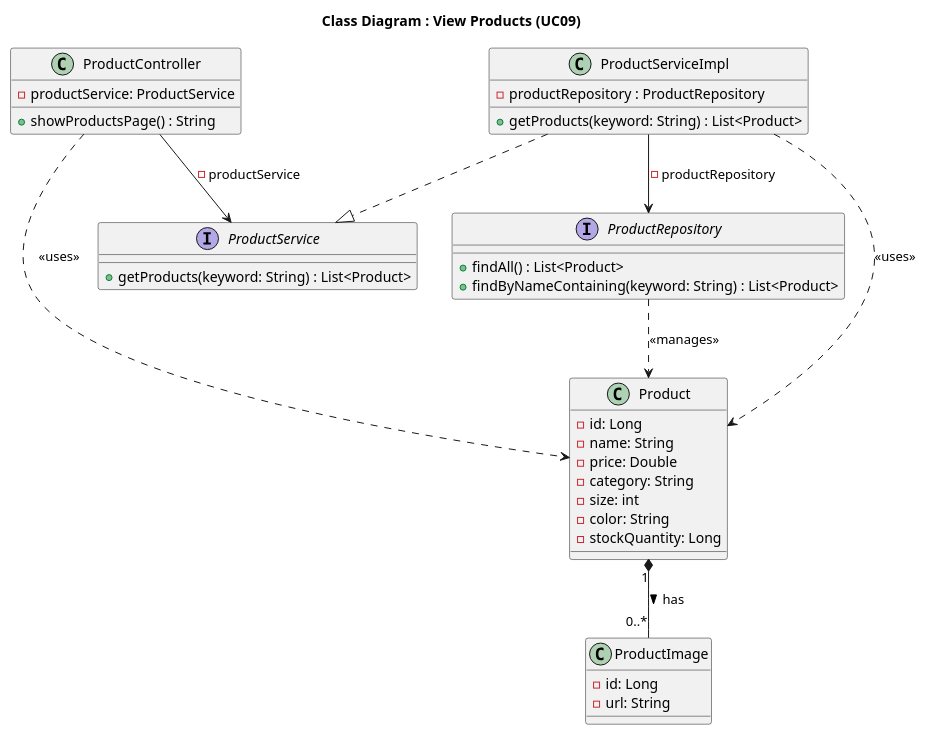
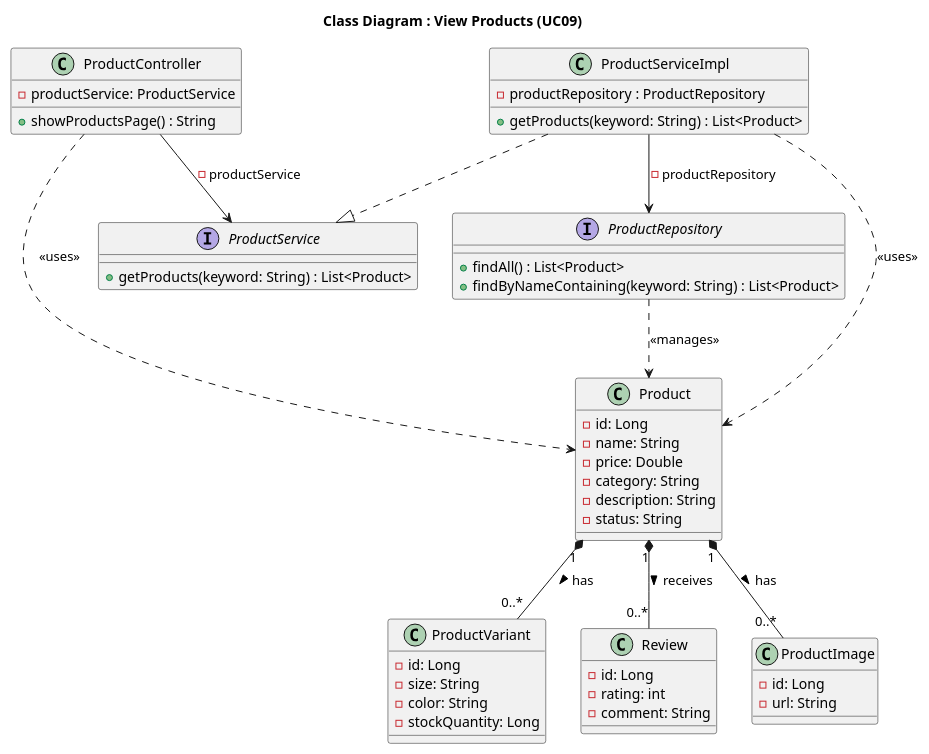
Before and after one commit to Peterdir/fashion-store-system: the diagram in src/main/java/org/example/fashionstoresystem/uml/Class/CD09_ViewProducts.puml, drawn with PlantUML. The commit also changed 7 other files, not shown here.

```diff
--- a/src/main/java/org/example/fashionstoresystem/uml/Class/CD09_ViewProducts.puml
+++ b/src/main/java/org/example/fashionstoresystem/uml/Class/CD09_ViewProducts.puml
@@ -1,61 +1,75 @@
 @startuml
 title Class Diagram : View Products (UC09)
 
 ' Controller
 class ProductController {
     - productService: ProductService
     + showProductsPage() : String
 }
 
 ' Service
 
 interface ProductService {
     + getProducts(keyword: String) : List<Product>
 }
 
 class ProductServiceImpl {
     - productRepository : ProductRepository
     + getProducts(keyword: String) : List<Product>
 }
 
 ' Repository
 
 interface ProductRepository {
     + findAll() : List<Product>
     + findByNameContaining(keyword: String) : List<Product>
 }
 
 ' Entity & DTO
 
 class Product {
     - id: Long
     - name: String
     - price: Double
     - category: String
-    - size: int
+    - description: String
+    - status: String
+}
+
+class ProductVariant {
+    - id: Long
+    - size: String
     - color: String
     - stockQuantity: Long
+}
+
+class Review {
+    - id: Long
+    - rating: int
+    - comment: String
 }
 
 class ProductImage {
     - id: Long
     - url: String
 }
 
 ' Relationships
 
 Product "1" *-- "0..*" ProductImage : has >
+Product "1" *-- "0..*" ProductVariant : has >
+Product "1" *-- "0..*" Review : receives >
 
 ' Class implement Interface
 ProductServiceImpl ..|>ProductService
 
 ' Dependency Injection
 ProductController --> ProductService: - productService
 ProductServiceImpl --> ProductRepository: - productRepository
 
 ' Object Usage
 ProductController ..> Product : <<uses>>
 ProductServiceImpl ..> Product : <<uses>>
 ProductRepository ..> Product : <<manages>>
 
 @enduml
```
